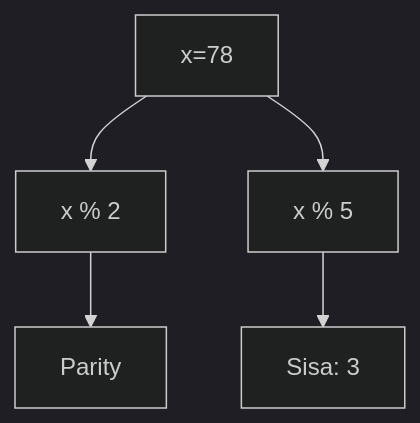
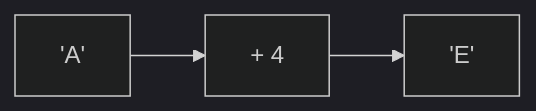
Before and after one commit to amnahwaida/OSNK_INF_PREP: the sixth of 25 diagrams in part-c-pemahaman-cpp/04-fungsi/latihan/set-12.md, drawn with Mermaid (dark theme). The commit also changed other lines of this file and 71 other files, not shown here.

Commit message:
Fixed Mermaid syntax lexical errors with quoted labels in 1,800 questions

````diff
--- a/part-c-pemahaman-cpp/04-fungsi/latihan/set-12.md
+++ b/part-c-pemahaman-cpp/04-fungsi/latihan/set-12.md
@@ -178,7 +178,5 @@
 ```mermaid
-graph TD
-A[x=78] --> B[x % 2]
-B --> C[Parity]
-A --> D[x % 5]
-D --> E[Sisa: 3]
+graph LR
+A["'A'"] --> B["+ 4"]
+B --> C["'E'"]
 ```
````
